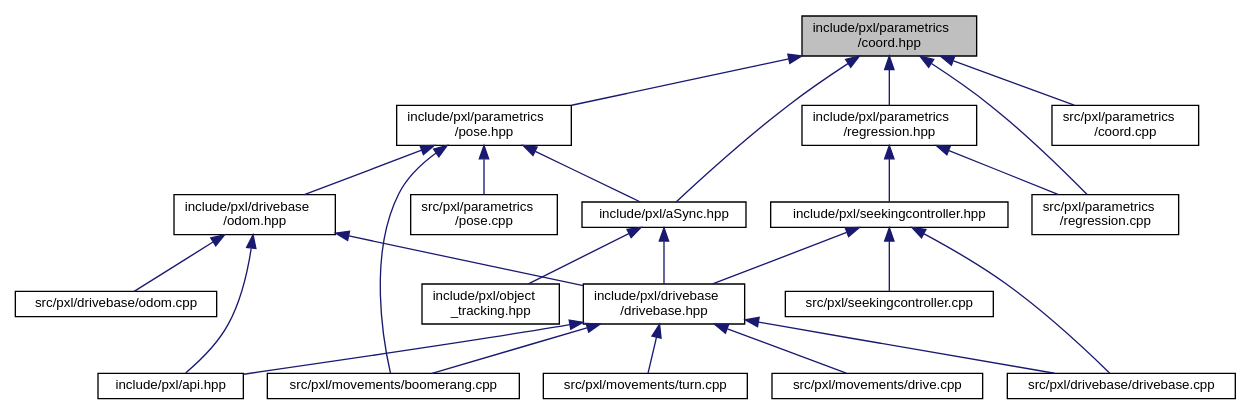
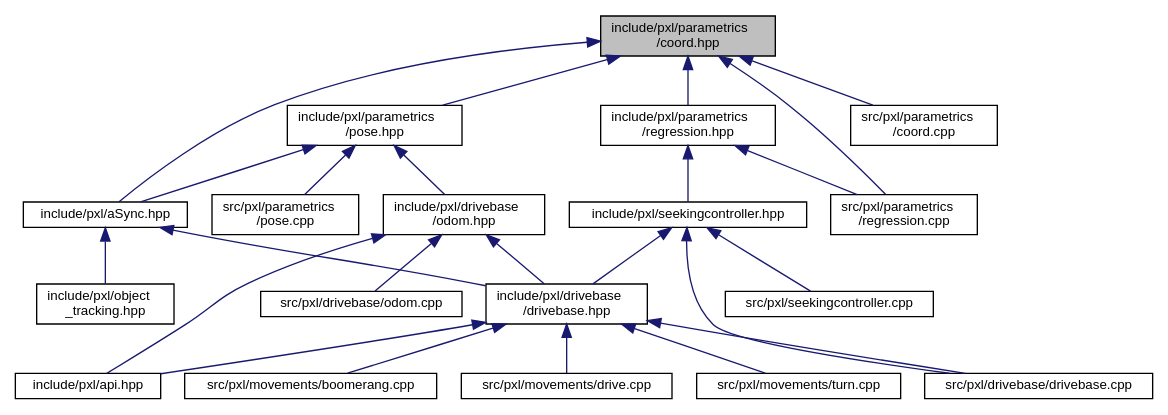
The diagram in coord_8hpp__dep__incl.dot (Pixel-Lib/Pixel), drawn with Graphviz before and after one commit. The commit also changed 126 other files, not shown here.

```diff
--- a/coord_8hpp__dep__incl.dot
+++ b/coord_8hpp__dep__incl.dot
@@ -1,48 +1,47 @@
 digraph "include/pxl/parametrics/coord.hpp"
 {
  // LATEX_PDF_SIZE
   edge [fontname="Helvetica",fontsize="10",labelfontname="Helvetica",labelfontsize="10"];
   node [fontname="Helvetica",fontsize="10",shape=record];
   Node1 [label="include/pxl/parametrics\l/coord.hpp",height=0.2,width=0.4,color="black", fillcolor="grey75", style="filled", fontcolor="black",tooltip=" "];
   Node1 -> Node2 [dir="back",color="midnightblue",fontsize="10",style="solid",fontname="Helvetica"];
   Node2 [label="include/pxl/aSync.hpp",height=0.2,width=0.4,color="black", fillcolor="white", style="filled",URL="$aSync_8hpp.html",tooltip=" "];
   Node2 -> Node3 [dir="back",color="midnightblue",fontsize="10",style="solid",fontname="Helvetica"];
   Node3 [label="include/pxl/drivebase\l/drivebase.hpp",height=0.2,width=0.4,color="black", fillcolor="white", style="filled",URL="$drivebase_8hpp.html",tooltip=" "];
   Node3 -> Node4 [dir="back",color="midnightblue",fontsize="10",style="solid",fontname="Helvetica"];
   Node4 [label="include/pxl/api.hpp",height=0.2,width=0.4,color="black", fillcolor="white", style="filled",URL="$api_8hpp.html",tooltip=" "];
   Node3 -> Node5 [dir="back",color="midnightblue",fontsize="10",style="solid",fontname="Helvetica"];
   Node5 [label="src/pxl/drivebase/drivebase.cpp",height=0.2,width=0.4,color="black", fillcolor="white", style="filled",URL="$drivebase_8cpp.html",tooltip=" "];
   Node3 -> Node6 [dir="back",color="midnightblue",fontsize="10",style="solid",fontname="Helvetica"];
   Node6 [label="src/pxl/movements/boomerang.cpp",height=0.2,width=0.4,color="black", fillcolor="white", style="filled",URL="$boomerang_8cpp.html",tooltip=" "];
   Node3 -> Node7 [dir="back",color="midnightblue",fontsize="10",style="solid",fontname="Helvetica"];
   Node7 [label="src/pxl/movements/drive.cpp",height=0.2,width=0.4,color="black", fillcolor="white", style="filled",URL="$drive_8cpp.html",tooltip=" "];
   Node3 -> Node8 [dir="back",color="midnightblue",fontsize="10",style="solid",fontname="Helvetica"];
   Node8 [label="src/pxl/movements/turn.cpp",height=0.2,width=0.4,color="black", fillcolor="white", style="filled",URL="$turn_8cpp.html",tooltip=" "];
   Node2 -> Node9 [dir="back",color="midnightblue",fontsize="10",style="solid",fontname="Helvetica"];
   Node9 [label="include/pxl/object\l_tracking.hpp",height=0.2,width=0.4,color="black", fillcolor="white", style="filled",URL="$object__tracking_8hpp.html",tooltip=" "];
   Node1 -> Node10 [dir="back",color="midnightblue",fontsize="10",style="solid",fontname="Helvetica"];
   Node10 [label="include/pxl/parametrics\l/pose.hpp",height=0.2,width=0.4,color="black", fillcolor="white", style="filled",URL="$pose_8hpp.html",tooltip=" "];
   Node10 -> Node2 [dir="back",color="midnightblue",fontsize="10",style="solid",fontname="Helvetica"];
   Node10 -> Node11 [dir="back",color="midnightblue",fontsize="10",style="solid",fontname="Helvetica"];
   Node11 [label="include/pxl/drivebase\l/odom.hpp",height=0.2,width=0.4,color="black", fillcolor="white", style="filled",URL="$odom_8hpp.html",tooltip=" "];
   Node11 -> Node4 [dir="back",color="midnightblue",fontsize="10",style="solid",fontname="Helvetica"];
   Node11 -> Node3 [dir="back",color="midnightblue",fontsize="10",style="solid",fontname="Helvetica"];
   Node11 -> Node12 [dir="back",color="midnightblue",fontsize="10",style="solid",fontname="Helvetica"];
   Node12 [label="src/pxl/drivebase/odom.cpp",height=0.2,width=0.4,color="black", fillcolor="white", style="filled",URL="$odom_8cpp.html",tooltip=" "];
-  Node10 -> Node6 [dir="back",color="midnightblue",fontsize="10",style="solid",fontname="Helvetica"];
   Node10 -> Node13 [dir="back",color="midnightblue",fontsize="10",style="solid",fontname="Helvetica"];
   Node13 [label="src/pxl/parametrics\l/pose.cpp",height=0.2,width=0.4,color="black", fillcolor="white", style="filled",URL="$pose_8cpp.html",tooltip=" "];
   Node1 -> Node14 [dir="back",color="midnightblue",fontsize="10",style="solid",fontname="Helvetica"];
   Node14 [label="include/pxl/parametrics\l/regression.hpp",height=0.2,width=0.4,color="black", fillcolor="white", style="filled",URL="$regression_8hpp.html",tooltip=" "];
   Node14 -> Node15 [dir="back",color="midnightblue",fontsize="10",style="solid",fontname="Helvetica"];
   Node15 [label="include/pxl/seekingcontroller.hpp",height=0.2,width=0.4,color="black", fillcolor="white", style="filled",URL="$seekingcontroller_8hpp.html",tooltip=" "];
   Node15 -> Node3 [dir="back",color="midnightblue",fontsize="10",style="solid",fontname="Helvetica"];
   Node15 -> Node5 [dir="back",color="midnightblue",fontsize="10",style="solid",fontname="Helvetica"];
   Node15 -> Node16 [dir="back",color="midnightblue",fontsize="10",style="solid",fontname="Helvetica"];
   Node16 [label="src/pxl/seekingcontroller.cpp",height=0.2,width=0.4,color="black", fillcolor="white", style="filled",URL="$seekingcontroller_8cpp.html",tooltip=" "];
   Node14 -> Node17 [dir="back",color="midnightblue",fontsize="10",style="solid",fontname="Helvetica"];
   Node17 [label="src/pxl/parametrics\l/regression.cpp",height=0.2,width=0.4,color="black", fillcolor="white", style="filled",URL="$regression_8cpp.html",tooltip=" "];
   Node1 -> Node18 [dir="back",color="midnightblue",fontsize="10",style="solid",fontname="Helvetica"];
   Node18 [label="src/pxl/parametrics\l/coord.cpp",height=0.2,width=0.4,color="black", fillcolor="white", style="filled",URL="$coord_8cpp.html",tooltip=" "];
   Node1 -> Node17 [dir="back",color="midnightblue",fontsize="10",style="solid",fontname="Helvetica"];
 }
```
